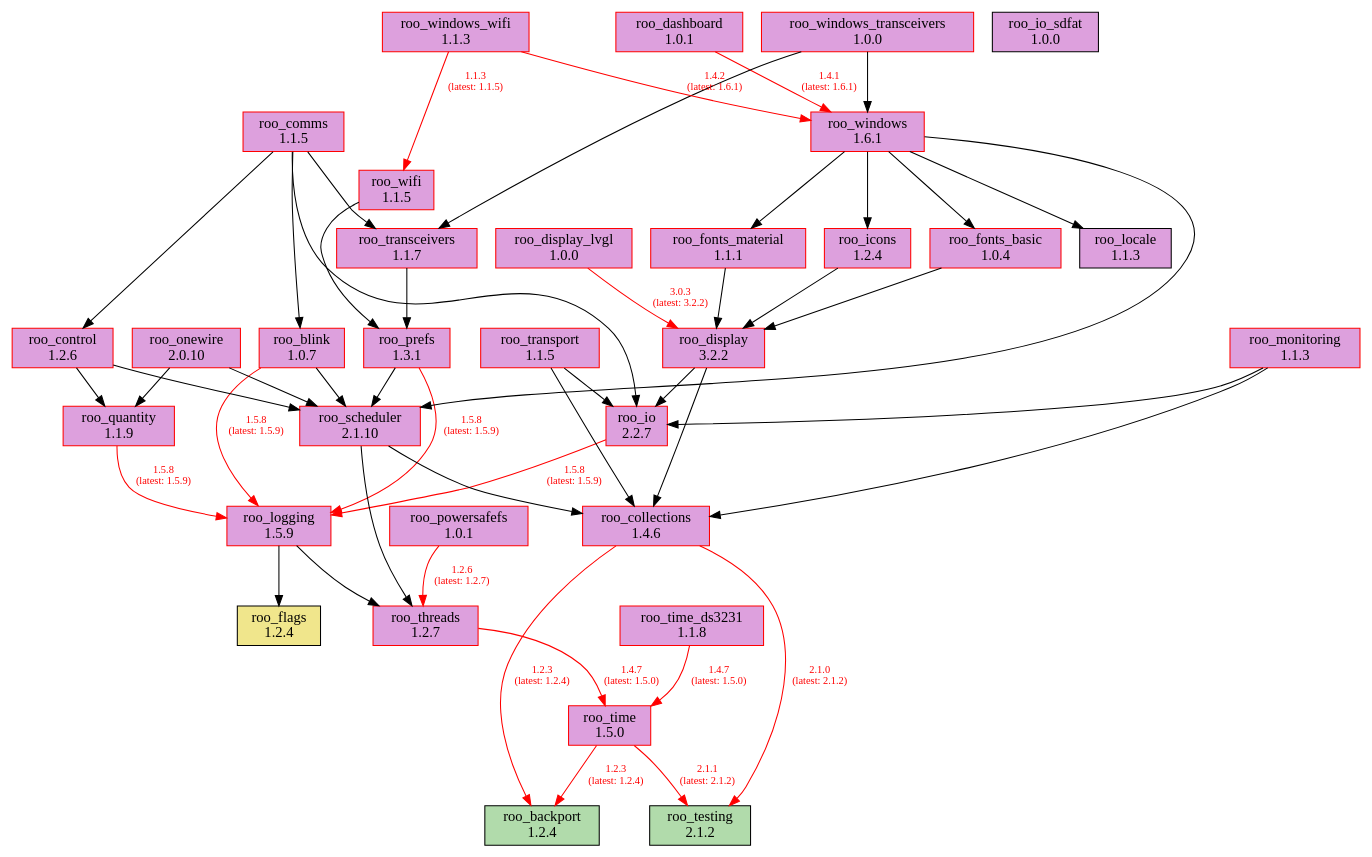
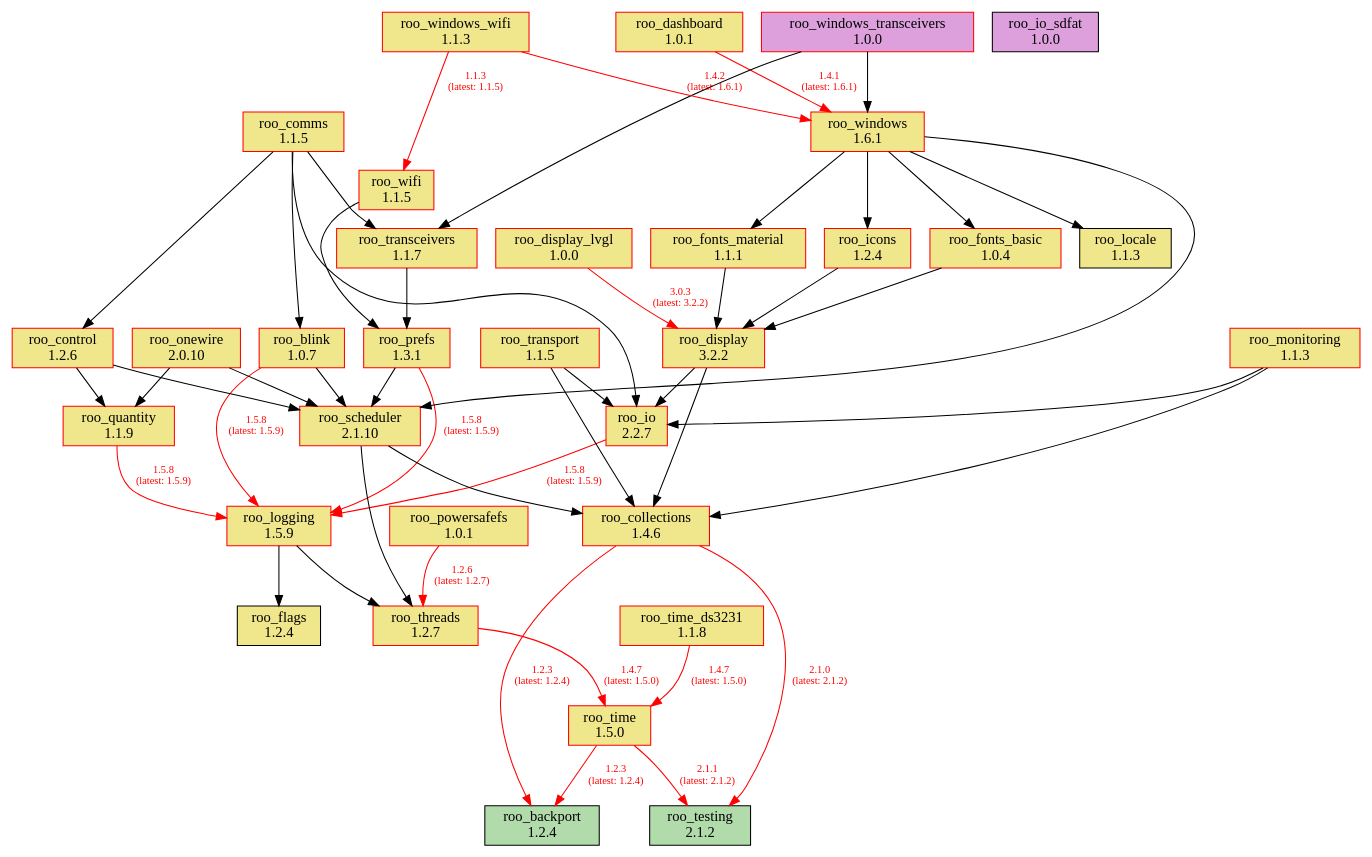
The diagram in doc/dependencies.dot (dejwk/roo-registry), drawn with Graphviz before and after one commit. The commit also changed 1 other file, not shown here.

```diff
--- a/doc/dependencies.dot
+++ b/doc/dependencies.dot
@@ -1,88 +1,88 @@
 digraph dependencies {
     rankdir=TB;
     node [shape=box, style=filled];
     edge [fontsize=10];
 
     // Modules
     "roo_backport" [label="roo_backport\n1.2.4", fillcolor="#b1dbab", color="black"];
-    "roo_blink" [label="roo_blink\n1.0.7", fillcolor="plum", color="red"];
-    "roo_collections" [label="roo_collections\n1.4.6", fillcolor="plum", color="red"];
-    "roo_comms" [label="roo_comms\n1.1.5", fillcolor="plum", color="red"];
-    "roo_control" [label="roo_control\n1.2.6", fillcolor="plum", color="red"];
-    "roo_dashboard" [label="roo_dashboard\n1.0.1", fillcolor="plum", color="red"];
-    "roo_display" [label="roo_display\n3.2.2", fillcolor="plum", color="red"];
-    "roo_display_lvgl" [label="roo_display_lvgl\n1.0.0", fillcolor="plum", color="red"];
+    "roo_blink" [label="roo_blink\n1.0.7", fillcolor="khaki", color="red"];
+    "roo_collections" [label="roo_collections\n1.4.6", fillcolor="khaki", color="red"];
+    "roo_comms" [label="roo_comms\n1.1.5", fillcolor="khaki", color="red"];
+    "roo_control" [label="roo_control\n1.2.6", fillcolor="khaki", color="red"];
+    "roo_dashboard" [label="roo_dashboard\n1.0.1", fillcolor="khaki", color="red"];
+    "roo_display" [label="roo_display\n3.2.2", fillcolor="khaki", color="red"];
+    "roo_display_lvgl" [label="roo_display_lvgl\n1.0.0", fillcolor="khaki", color="red"];
     "roo_flags" [label="roo_flags\n1.2.4", fillcolor="khaki", color="black"];
-    "roo_fonts_basic" [label="roo_fonts_basic\n1.0.4", fillcolor="plum", color="red"];
-    "roo_fonts_material" [label="roo_fonts_material\n1.1.1", fillcolor="plum", color="red"];
-    "roo_icons" [label="roo_icons\n1.2.4", fillcolor="plum", color="red"];
-    "roo_io" [label="roo_io\n2.2.7", fillcolor="plum", color="red"];
+    "roo_fonts_basic" [label="roo_fonts_basic\n1.0.4", fillcolor="khaki", color="red"];
+    "roo_fonts_material" [label="roo_fonts_material\n1.1.1", fillcolor="khaki", color="red"];
+    "roo_icons" [label="roo_icons\n1.2.4", fillcolor="khaki", color="red"];
+    "roo_io" [label="roo_io\n2.2.7", fillcolor="khaki", color="red"];
     "roo_io_sdfat" [label="roo_io_sdfat\n1.0.0", fillcolor="plum", color="black"];
-    "roo_locale" [label="roo_locale\n1.1.3", fillcolor="plum", color="black"];
-    "roo_logging" [label="roo_logging\n1.5.9", fillcolor="plum", color="red"];
-    "roo_monitoring" [label="roo_monitoring\n1.1.3", fillcolor="plum", color="red"];
-    "roo_onewire" [label="roo_onewire\n2.0.10", fillcolor="plum", color="red"];
-    "roo_powersafefs" [label="roo_powersafefs\n1.0.1", fillcolor="plum", color="red"];
-    "roo_prefs" [label="roo_prefs\n1.3.1", fillcolor="plum", color="red"];
-    "roo_quantity" [label="roo_quantity\n1.1.9", fillcolor="plum", color="red"];
-    "roo_scheduler" [label="roo_scheduler\n2.1.10", fillcolor="plum", color="red"];
+    "roo_locale" [label="roo_locale\n1.1.3", fillcolor="khaki", color="black"];
+    "roo_logging" [label="roo_logging\n1.5.9", fillcolor="khaki", color="red"];
+    "roo_monitoring" [label="roo_monitoring\n1.1.3", fillcolor="khaki", color="red"];
+    "roo_onewire" [label="roo_onewire\n2.0.10", fillcolor="khaki", color="red"];
+    "roo_powersafefs" [label="roo_powersafefs\n1.0.1", fillcolor="khaki", color="red"];
+    "roo_prefs" [label="roo_prefs\n1.3.1", fillcolor="khaki", color="red"];
+    "roo_quantity" [label="roo_quantity\n1.1.9", fillcolor="khaki", color="red"];
+    "roo_scheduler" [label="roo_scheduler\n2.1.10", fillcolor="khaki", color="red"];
     "roo_testing" [label="roo_testing\n2.1.2", fillcolor="#b1dbab", color="black"];
-    "roo_threads" [label="roo_threads\n1.2.7", fillcolor="plum", color="red"];
-    "roo_time" [label="roo_time\n1.5.0", fillcolor="plum", color="red"];
-    "roo_time_ds3231" [label="roo_time_ds3231\n1.1.8", fillcolor="plum", color="red"];
-    "roo_transceivers" [label="roo_transceivers\n1.1.7", fillcolor="plum", color="red"];
-    "roo_transport" [label="roo_transport\n1.1.5", fillcolor="plum", color="red"];
-    "roo_wifi" [label="roo_wifi\n1.1.5", fillcolor="plum", color="red"];
-    "roo_windows" [label="roo_windows\n1.6.1", fillcolor="plum", color="red"];
+    "roo_threads" [label="roo_threads\n1.2.7", fillcolor="khaki", color="red"];
+    "roo_time" [label="roo_time\n1.5.0", fillcolor="khaki", color="red"];
+    "roo_time_ds3231" [label="roo_time_ds3231\n1.1.8", fillcolor="khaki", color="red"];
+    "roo_transceivers" [label="roo_transceivers\n1.1.7", fillcolor="khaki", color="red"];
+    "roo_transport" [label="roo_transport\n1.1.5", fillcolor="khaki", color="red"];
+    "roo_wifi" [label="roo_wifi\n1.1.5", fillcolor="khaki", color="red"];
+    "roo_windows" [label="roo_windows\n1.6.1", fillcolor="khaki", color="red"];
     "roo_windows_transceivers" [label="roo_windows_transceivers\n1.0.0", fillcolor="plum", color="red"];
-    "roo_windows_wifi" [label="roo_windows_wifi\n1.1.3", fillcolor="plum", color="red"];
+    "roo_windows_wifi" [label="roo_windows_wifi\n1.1.3", fillcolor="khaki", color="red"];
 
     // Dependencies
     "roo_blink" -> "roo_logging" [color=red, fontcolor=red, label="1.5.8\n(latest: 1.5.9)"];
     "roo_blink" -> "roo_scheduler";
     "roo_collections" -> "roo_testing" [color=red, fontcolor=red, label="2.1.0\n(latest: 2.1.2)"];
     "roo_collections" -> "roo_backport" [color=red, fontcolor=red, label="1.2.3\n(latest: 1.2.4)"];
     "roo_comms" -> "roo_blink";
     "roo_comms" -> "roo_control";
     "roo_comms" -> "roo_io";
     "roo_comms" -> "roo_transceivers";
     "roo_control" -> "roo_quantity";
     "roo_control" -> "roo_scheduler";
     "roo_dashboard" -> "roo_windows" [color=red, fontcolor=red, label="1.4.1\n(latest: 1.6.1)"];
     "roo_display" -> "roo_collections";
     "roo_display" -> "roo_io";
     "roo_display_lvgl" -> "roo_display" [color=red, fontcolor=red, label="3.0.3\n(latest: 3.2.2)"];
     "roo_fonts_basic" -> "roo_display";
     "roo_fonts_material" -> "roo_display";
     "roo_icons" -> "roo_display";
     "roo_io" -> "roo_logging" [color=red, fontcolor=red, label="1.5.8\n(latest: 1.5.9)"];
     "roo_logging" -> "roo_flags";
     "roo_logging" -> "roo_threads";
     "roo_monitoring" -> "roo_collections";
     "roo_monitoring" -> "roo_io";
     "roo_onewire" -> "roo_scheduler";
     "roo_onewire" -> "roo_quantity";
     "roo_powersafefs" -> "roo_threads" [color=red, fontcolor=red, label="1.2.6\n(latest: 1.2.7)"];
     "roo_prefs" -> "roo_logging" [color=red, fontcolor=red, label="1.5.8\n(latest: 1.5.9)"];
     "roo_prefs" -> "roo_scheduler";
     "roo_quantity" -> "roo_logging" [color=red, fontcolor=red, label="1.5.8\n(latest: 1.5.9)"];
     "roo_scheduler" -> "roo_collections";
     "roo_scheduler" -> "roo_threads";
     "roo_threads" -> "roo_time" [color=red, fontcolor=red, label="1.4.7\n(latest: 1.5.0)"];
     "roo_time" -> "roo_testing" [color=red, fontcolor=red, label="2.1.1\n(latest: 2.1.2)"];
     "roo_time" -> "roo_backport" [color=red, fontcolor=red, label="1.2.3\n(latest: 1.2.4)"];
     "roo_time_ds3231" -> "roo_time" [color=red, fontcolor=red, label="1.4.7\n(latest: 1.5.0)"];
     "roo_transceivers" -> "roo_prefs";
     "roo_transport" -> "roo_collections";
     "roo_transport" -> "roo_io";
     "roo_wifi" -> "roo_prefs";
     "roo_windows" -> "roo_fonts_basic";
     "roo_windows" -> "roo_fonts_material";
     "roo_windows" -> "roo_locale";
     "roo_windows" -> "roo_icons";
     "roo_windows" -> "roo_scheduler";
     "roo_windows_transceivers" -> "roo_transceivers";
     "roo_windows_transceivers" -> "roo_windows";
     "roo_windows_wifi" -> "roo_wifi" [color=red, fontcolor=red, label="1.1.3\n(latest: 1.1.5)"];
     "roo_windows_wifi" -> "roo_windows" [color=red, fontcolor=red, label="1.4.2\n(latest: 1.6.1)"];
 }
```
